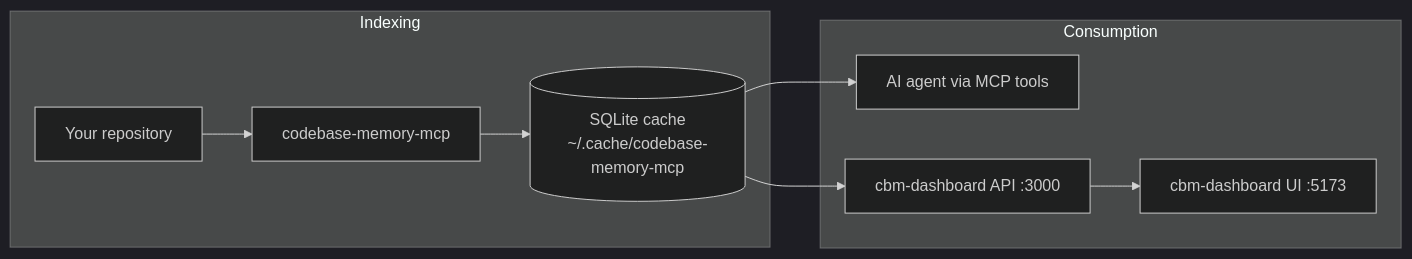
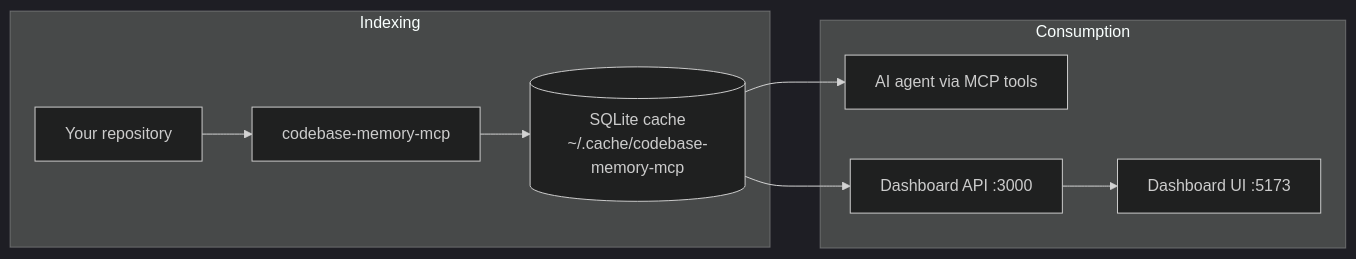
The diagram in README.md (enriquetecfan11/my-brain), drawn with Mermaid (dark theme) before and after one commit. The commit also changed other lines of this file and 1739 other files, not shown here.

````diff
--- a/README.md
+++ b/README.md
@@ -18,13 +18,13 @@
 ```mermaid
 flowchart LR
   subgraph index ["Indexing"]
-    Repo[Your repository] --> MCP[codebase-memory-mcp]
-    MCP --> DB[(SQLite cache\n~/.cache/codebase-memory-mcp)]
+    Repo[Your repository] --> MCPBin[codebase-memory-mcp]
+    MCPBin --> DB[(SQLite cache\n~/.cache/codebase-memory-mcp)]
   end
 
   subgraph consume ["Consumption"]
     DB --> Agent[AI agent via MCP tools]
-    DB --> API[cbm-dashboard API :3000]
-    API --> UI[cbm-dashboard UI :5173]
+    DB --> API[Dashboard API :3000]
+    API --> UI[Dashboard UI :5173]
   end
 ```
````
